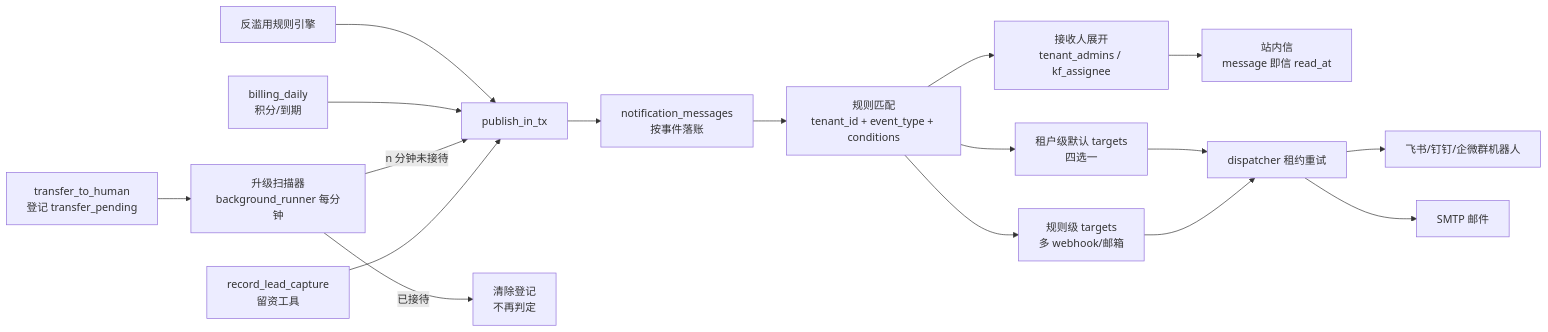
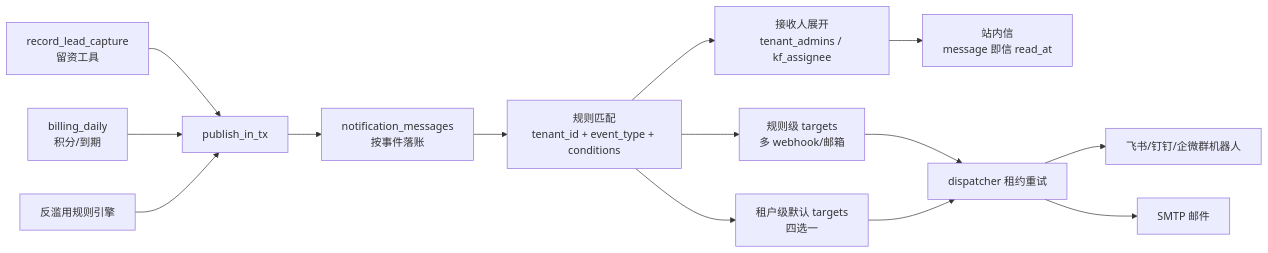
The diagram in docs/system/notification-rule-engine-design.md (ethynic/aid-work-agent), drawn with Mermaid before and after one commit. The commit also changed other lines of this file, not shown here.

````diff
--- a/docs/system/notification-rule-engine-design.md
+++ b/docs/system/notification-rule-engine-design.md
@@ -38,19 +38,16 @@
 ```mermaid
 flowchart LR
     L[record_lead_capture<br/>留资工具] --> P[publish_in_tx]
-    H[transfer_to_human<br/>登记 transfer_pending] --> S[升级扫描器<br/>background_runner 每分钟]
-    S -- n 分钟未接待 --> P
-    S -- 已接待 --> X[清除登记<br/>不再判定]
     B[billing_daily<br/>积分/到期] --> P
     A[反滥用规则引擎] --> P
     P --> M[notification_messages<br/>按事件落账]
     M --> R[规则匹配<br/>tenant_id + event_type + conditions]
     R --> E[接收人展开<br/>tenant_admins / kf_assignee]
     E --> I[站内信<br/>message 即信 read_at]
     R --> T[规则级 targets<br/>多 webhook/邮箱]
     R --> D[租户级默认 targets<br/>四选一]
     T --> Q[dispatcher 租约重试]
     D --> Q
     Q --> W[飞书/钉钉/企微群机器人]
     Q --> Sm[SMTP 邮件]
 ```
````
